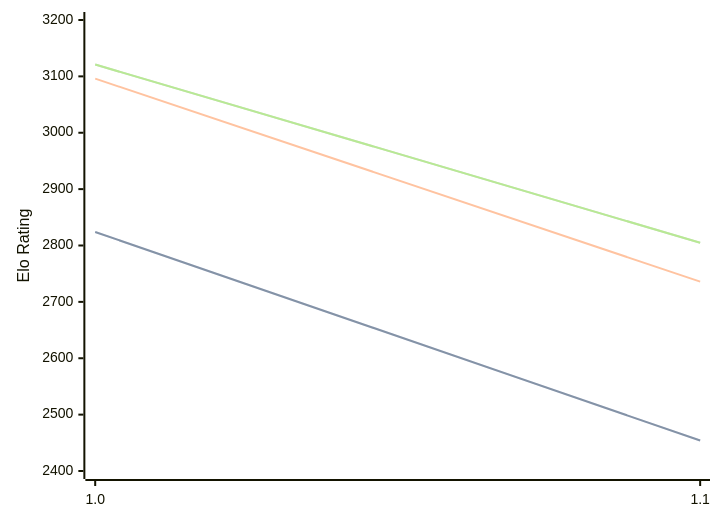
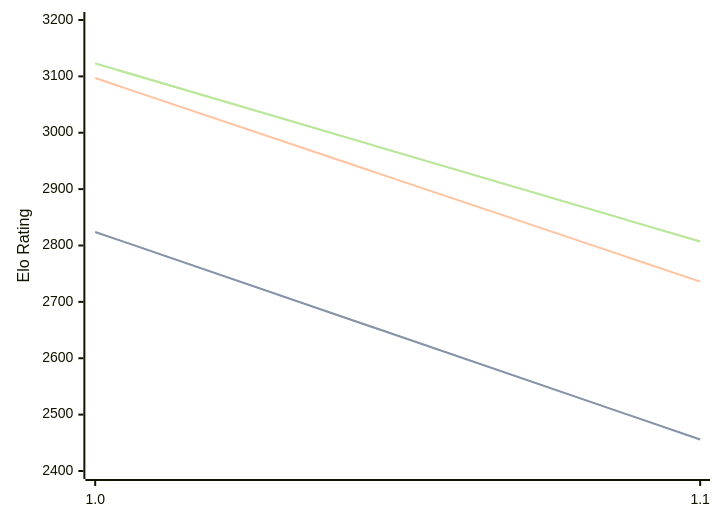
One commit to computer-chess-index/cci changed the diagram in engines/Publius.md. Above: the diagram before and after it, drawn with Mermaid. The commit also changed other lines of this file, not shown here.

Commit message:
Update CCI Ratings (ELO VLTC) - 2026-08-15

````diff
--- a/engines/Publius.md
+++ b/engines/Publius.md
@@ -32,11 +32,11 @@
 ```mermaid
 %%{init: {"theme":"base","themeVariables":{"seriesColors:['#a3a3a3','#222221','#faa371']}}}%%
 xychart-beta
   x-axis ["1.0", "1.1"]
   y-axis "Elo Rating" 2400 --> 3200
-  line "STC (8.0+0.08s)" [2824, 2454]
-  line "STC (8.0+0.08s)" [2824, 2454]
-  line "LTC (60.0+0.60s)" [3096, 2736]
-  line "VLTC (2m24s+1.12s)" [3121, 2805]
-  line "VLTC (2m24s+1.12s)" [3121, 2805]
+  line "STC (8.0+0.08s)" [2824, 2456]
+  line "STC (8.0+0.08s)" [2824, 2456]
+  line "LTC (60.0+0.60s)" [3097, 2736]
+  line "VLTC (2m24s+1.12s)" [3123, 2807]
+  line "VLTC (2m24s+1.12s)" [3123, 2807]
 ```
````
